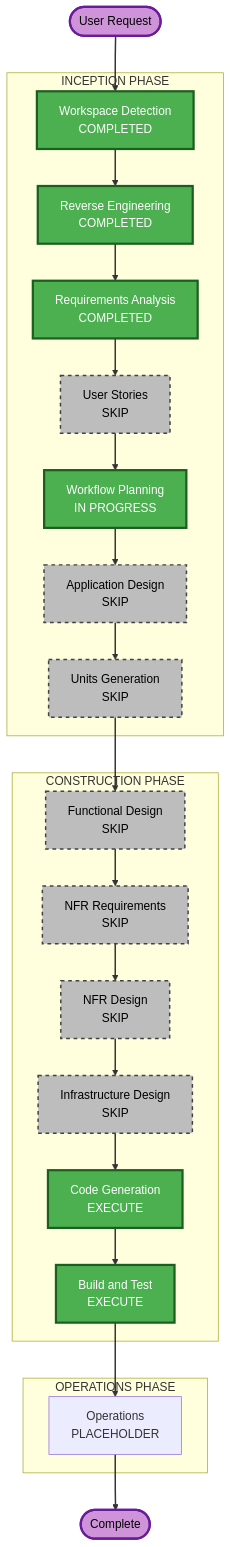
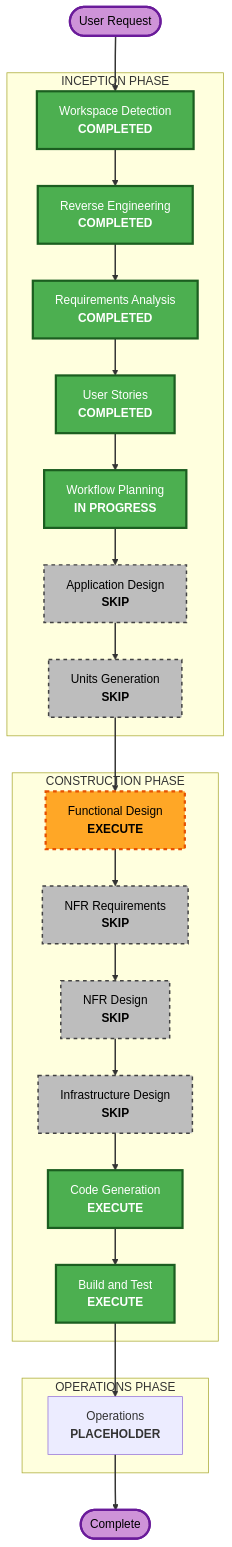
Before and after one commit to CHS-Training-Org/ai_training_for_chuo_system: the diagram in Docs/spec/aidlc-docs/inception/plans/execution-plan.md, drawn with Mermaid. The commit also changed other lines of this file and 18 other files, not shown here.

````diff
--- a/Docs/spec/aidlc-docs/inception/plans/execution-plan.md
+++ b/Docs/spec/aidlc-docs/inception/plans/execution-plan.md
@@ -33,61 +34,61 @@
 ```mermaid
 flowchart TD
     Start(["User Request"])
 
     subgraph INCEPTION["INCEPTION PHASE"]
-        WD["Workspace Detection<br/>COMPLETED"]
-        RE["Reverse Engineering<br/>COMPLETED"]
-        RA["Requirements Analysis<br/>COMPLETED"]
-        US["User Stories<br/>SKIP"]
-        WP["Workflow Planning<br/>IN PROGRESS"]
-        AD["Application Design<br/>SKIP"]
-        UG["Units Generation<br/>SKIP"]
+        WD["Workspace Detection<br/><b>COMPLETED</b>"]
+        RE["Reverse Engineering<br/><b>COMPLETED</b>"]
+        RA["Requirements Analysis<br/><b>COMPLETED</b>"]
+        US["User Stories<br/><b>COMPLETED</b>"]
+        WP["Workflow Planning<br/><b>IN PROGRESS</b>"]
+        AD["Application Design<br/><b>SKIP</b>"]
+        UG["Units Generation<br/><b>SKIP</b>"]
     end
 
     subgraph CONSTRUCTION["CONSTRUCTION PHASE"]
-        FD["Functional Design<br/>SKIP"]
-        NFRA["NFR Requirements<br/>SKIP"]
-        NFRD["NFR Design<br/>SKIP"]
-        ID["Infrastructure Design<br/>SKIP"]
-        CG["Code Generation<br/>EXECUTE"]
-        BT["Build and Test<br/>EXECUTE"]
+        FD["Functional Design<br/><b>EXECUTE</b>"]
+        NFRA["NFR Requirements<br/><b>SKIP</b>"]
+        NFRD["NFR Design<br/><b>SKIP</b>"]
+        ID["Infrastructure Design<br/><b>SKIP</b>"]
+        CG["Code Generation<br/><b>EXECUTE</b>"]
+        BT["Build and Test<br/><b>EXECUTE</b>"]
     end
 
     subgraph OPERATIONS["OPERATIONS PHASE"]
-        OPS["Operations<br/>PLACEHOLDER"]
+        OPS["Operations<br/><b>PLACEHOLDER</b>"]
     end
 
     Start --> WD
     WD --> RE
     RE --> RA
     RA --> US
     US --> WP
     WP --> AD
     AD --> UG
     UG --> FD
     FD --> NFRA
     NFRA --> NFRD
     NFRD --> ID
     ID --> CG
     CG --> BT
     BT --> OPS
     OPS --> End(["Complete"])
 
     style WD fill:#4CAF50,stroke:#1B5E20,stroke-width:3px,color:#fff
     style RE fill:#4CAF50,stroke:#1B5E20,stroke-width:3px,color:#fff
     style RA fill:#4CAF50,stroke:#1B5E20,stroke-width:3px,color:#fff
-    style US fill:#BDBDBD,stroke:#424242,stroke-width:2px,stroke-dasharray: 5 5,color:#000
+    style US fill:#4CAF50,stroke:#1B5E20,stroke-width:3px,color:#fff
     style WP fill:#4CAF50,stroke:#1B5E20,stroke-width:3px,color:#fff
     style AD fill:#BDBDBD,stroke:#424242,stroke-width:2px,stroke-dasharray: 5 5,color:#000
     style UG fill:#BDBDBD,stroke:#424242,stroke-width:2px,stroke-dasharray: 5 5,color:#000
-    style FD fill:#BDBDBD,stroke:#424242,stroke-width:2px,stroke-dasharray: 5 5,color:#000
+    style FD fill:#FFA726,stroke:#E65100,stroke-width:3px,stroke-dasharray: 5 5,color:#000
     style NFRA fill:#BDBDBD,stroke:#424242,stroke-width:2px,stroke-dasharray: 5 5,color:#000
     style NFRD fill:#BDBDBD,stroke:#424242,stroke-width:2px,stroke-dasharray: 5 5,color:#000
     style ID fill:#BDBDBD,stroke:#424242,stroke-width:2px,stroke-dasharray: 5 5,color:#000
     style CG fill:#4CAF50,stroke:#1B5E20,stroke-width:3px,color:#fff
     style BT fill:#4CAF50,stroke:#1B5E20,stroke-width:3px,color:#fff
     style Start fill:#CE93D8,stroke:#6A1B9A,stroke-width:3px,color:#000
     style End fill:#CE93D8,stroke:#6A1B9A,stroke-width:3px,color:#000
 
     linkStyle default stroke:#333,stroke-width:2px
 ```
````
